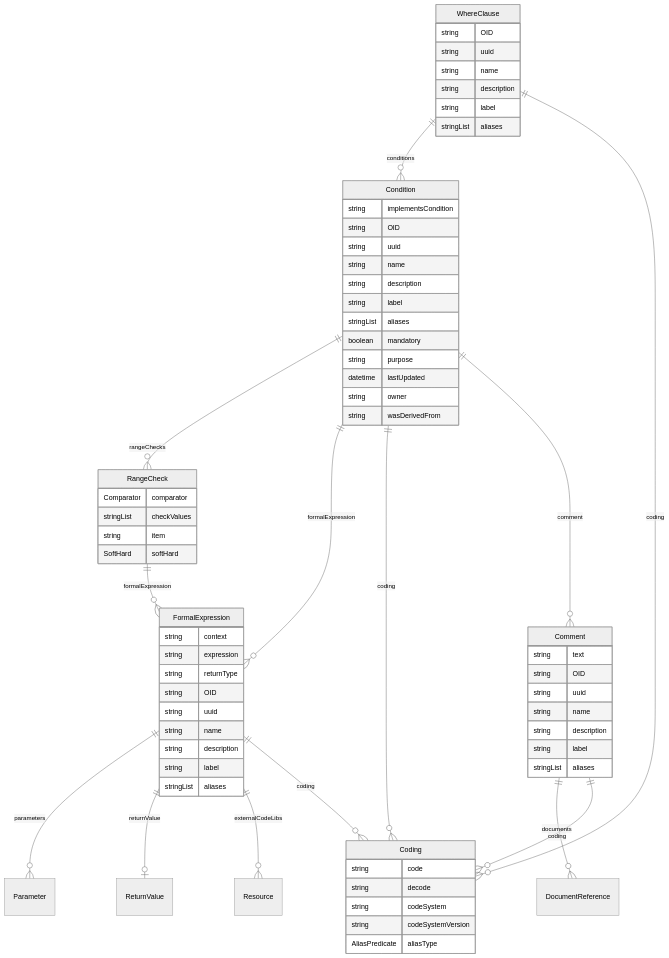
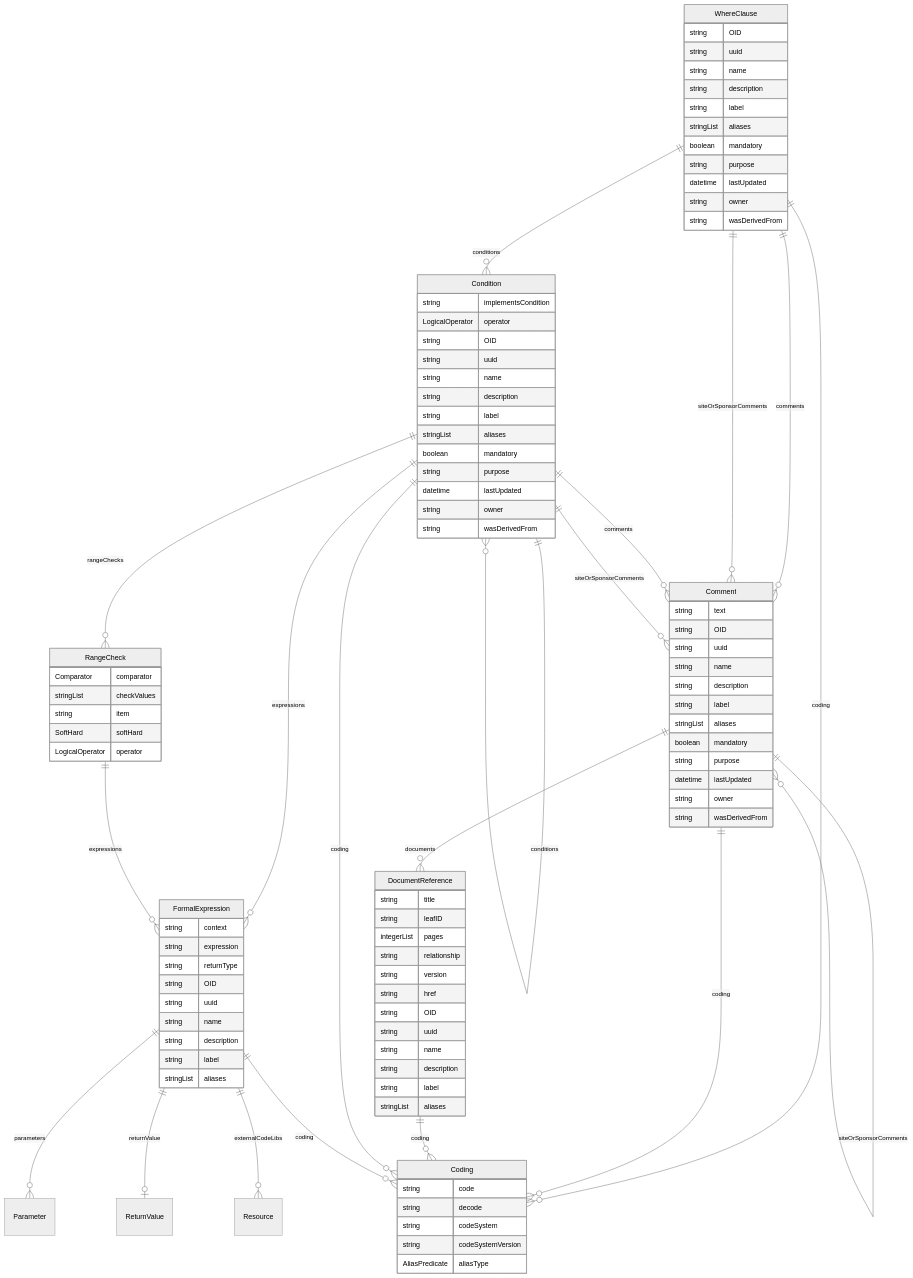
The diagram in docs/classes/WhereClause.md (TeMeta/define-json), drawn with Mermaid (neutral theme) before and after one commit. The commit also changed other lines of this file and 260 other files, not shown here.

````diff
--- a/docs/classes/WhereClause.md
+++ b/docs/classes/WhereClause.md
@@ -16,22 +16,6 @@
 ```mermaid
 erDiagram
 WhereClause {
-    string OID  
-    string uuid  
-    string name  
-    string description  
-    string label  
-    stringList aliases  
-}
-Coding {
-    string code  
-    string decode  
-    string codeSystem  
-    string codeSystemVersion  
-    AliasPredicate aliasType  
-}
-Condition {
-    string implementsCondition  
     string OID  
     string uuid  
     string name  
@@ -52,6 +36,47 @@
     string description  
     string label  
     stringList aliases  
+    boolean mandatory  
+    string purpose  
+    datetime lastUpdated  
+    string owner  
+    string wasDerivedFrom  
+}
+Coding {
+    string code  
+    string decode  
+    string codeSystem  
+    string codeSystemVersion  
+    AliasPredicate aliasType  
+}
+DocumentReference {
+    string title  
+    string leafID  
+    integerList pages  
+    string relationship  
+    string version  
+    string href  
+    string OID  
+    string uuid  
+    string name  
+    string description  
+    string label  
+    stringList aliases  
+}
+Condition {
+    string implementsCondition  
+    LogicalOperator operator  
+    string OID  
+    string uuid  
+    string name  
+    string description  
+    string label  
+    stringList aliases  
+    boolean mandatory  
+    string purpose  
+    datetime lastUpdated  
+    string owner  
+    string wasDerivedFrom  
 }
 FormalExpression {
     string context  
@@ -69,20 +94,28 @@
     stringList checkValues  
     string item  
     SoftHard softHard  
+    LogicalOperator operator  
 }
 
 WhereClause ||--}o Condition : "conditions"
 WhereClause ||--}o Coding : "coding"
-Condition ||--}o RangeCheck : "rangeChecks"
-Condition ||--}o FormalExpression : "formalExpression"
-Condition ||--}o Coding : "coding"
-Condition ||--}o Comment : "comment"
+WhereClause ||--}o Comment : "comments"
+WhereClause ||--}o Comment : "siteOrSponsorComments"
 Comment ||--}o DocumentReference : "documents"
 Comment ||--}o Coding : "coding"
+Comment ||--}o Comment : "comments"
+Comment ||--}o Comment : "siteOrSponsorComments"
+DocumentReference ||--}o Coding : "coding"
+Condition ||--}o RangeCheck : "rangeChecks"
+Condition ||--}o FormalExpression : "expressions"
+Condition ||--}o Condition : "conditions"
+Condition ||--}o Coding : "coding"
+Condition ||--}o Comment : "comments"
+Condition ||--}o Comment : "siteOrSponsorComments"
 FormalExpression ||--}o Parameter : "parameters"
 FormalExpression ||--|o ReturnValue : "returnValue"
 FormalExpression ||--}o Resource : "externalCodeLibs"
 FormalExpression ||--}o Coding : "coding"
-RangeCheck ||--}o FormalExpression : "formalExpression"
+RangeCheck ||--}o FormalExpression : "expressions"
 
 ```
````
